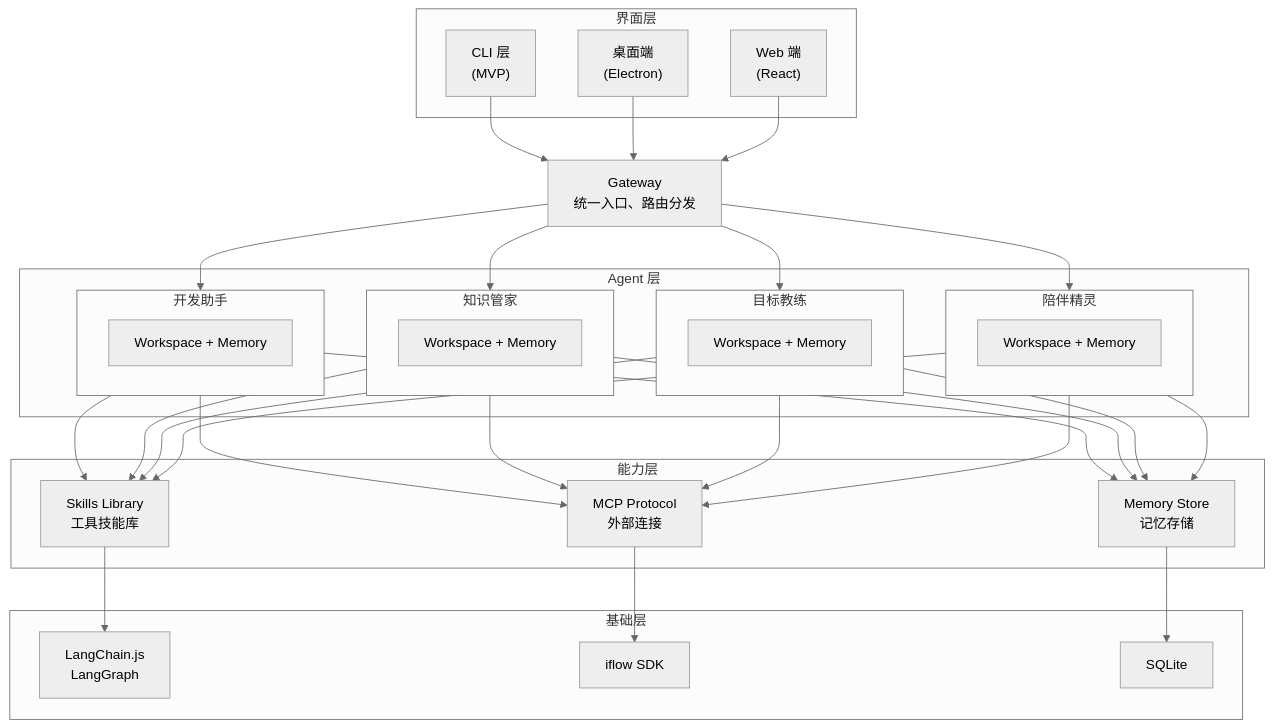
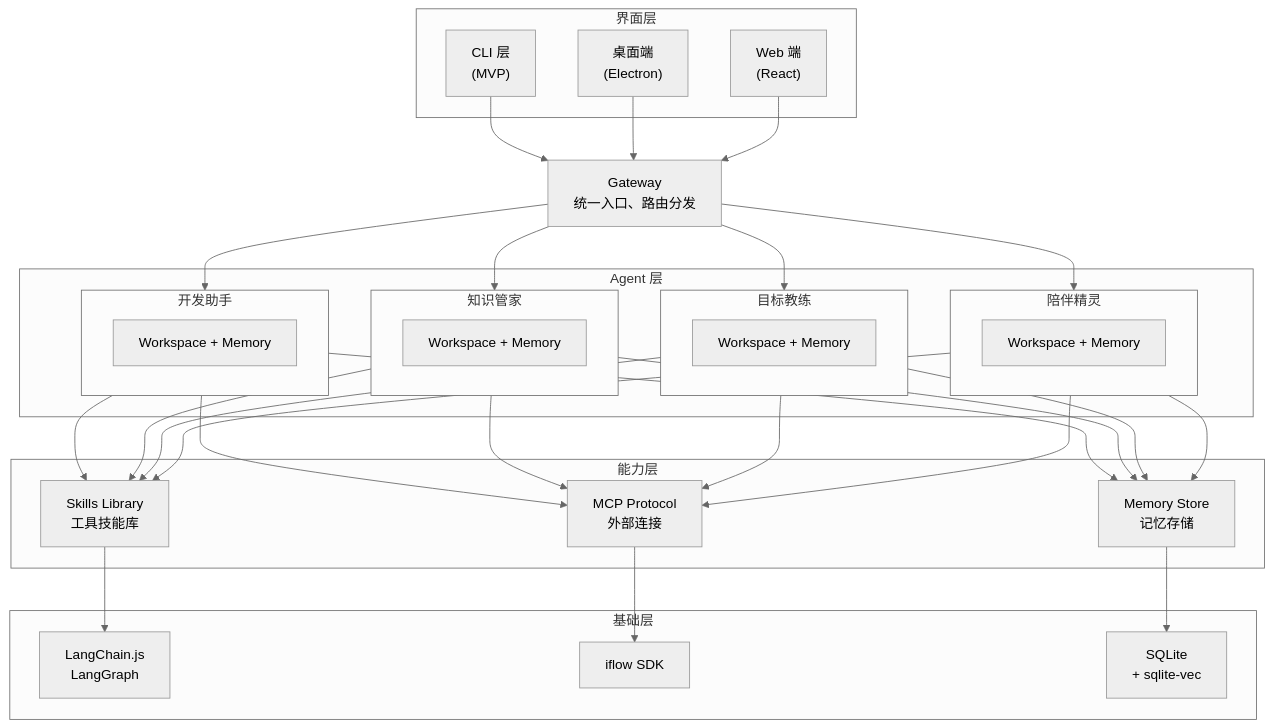
The first of 2 diagrams in README.md (lihaizhong/niuma), drawn with Mermaid (neutral theme) before and after one commit. The commit also changed other lines of this file and 4 other files, not shown here.

````diff
--- a/README.md
+++ b/README.md
@@ -54,65 +54,65 @@
 ```mermaid
 flowchart TB
     subgraph Interface["界面层"]
         CLI["CLI 层<br/>(MVP)"]
         Desktop["桌面端<br/>(Electron)"]
         Web["Web 端<br/>(React)"]
     end
 
     Gateway["Gateway<br/>统一入口、路由分发"]
 
     subgraph AgentLayer["Agent 层"]
         subgraph Agent1["开发助手"]
             WS1["Workspace + Memory"]
         end
         subgraph Agent2["知识管家"]
             WS2["Workspace + Memory"]
         end
         subgraph Agent3["目标教练"]
             WS3["Workspace + Memory"]
         end
         subgraph Agent4["陪伴精灵"]
             WS4["Workspace + Memory"]
         end
     end
 
     subgraph Capability["能力层"]
         Skills["Skills Library<br/>工具技能库"]
         Memory["Memory Store<br/>记忆存储"]
         MCP["MCP Protocol<br/>外部连接"]
     end
 
     subgraph Foundation["基础层"]
         LangChain["LangChain.js<br/>LangGraph"]
         SDK["iflow SDK"]
-        SQLite["SQLite"]
+        SQLite["SQLite<br/>+ sqlite-vec"]
     end
 
     CLI --> Gateway
     Desktop --> Gateway
     Web --> Gateway
     
     Gateway --> Agent1
     Gateway --> Agent2
     Gateway --> Agent3
     Gateway --> Agent4
 
     Agent1 --> Skills
     Agent2 --> Skills
     Agent3 --> Skills
     Agent4 --> Skills
     
     Agent1 --> Memory
     Agent2 --> Memory
     Agent3 --> Memory
     Agent4 --> Memory
     
     Agent1 --> MCP
     Agent2 --> MCP
     Agent3 --> MCP
     Agent4 --> MCP
 
     Skills --> LangChain
     Memory --> SQLite
     MCP --> SDK
 ```
````
